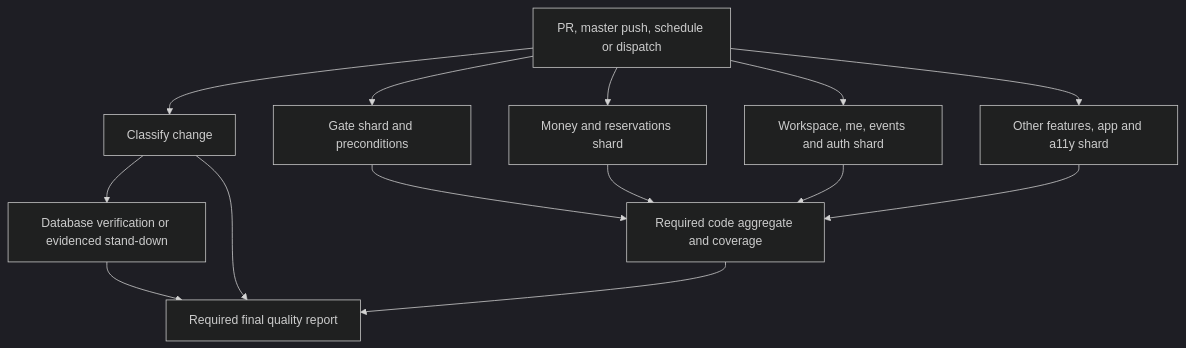
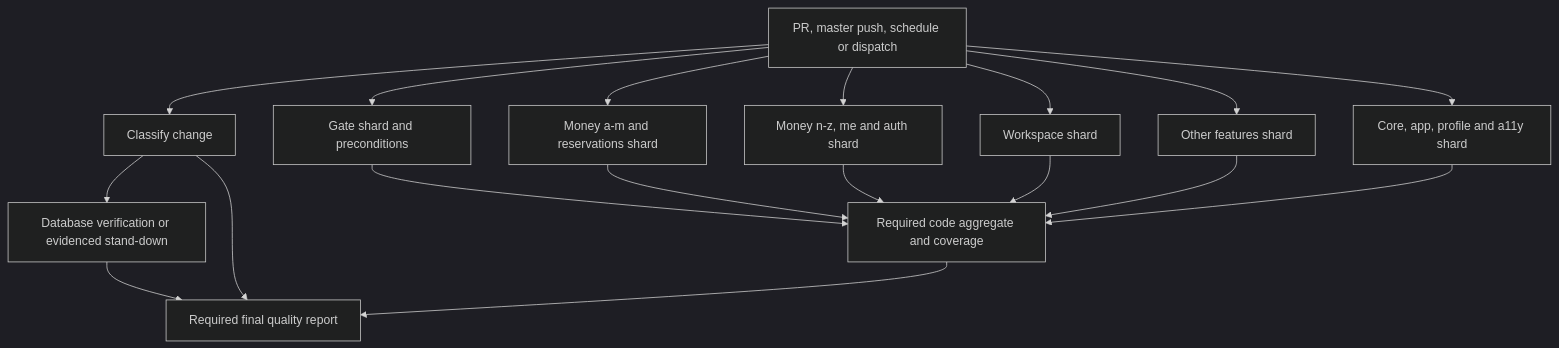
The diagram in docs/wiki/CI-and-Automation.md (fdittgen-png/deskilo), drawn with Mermaid (dark theme) before and after one commit. The commit also changed other lines of this file and 6 other files, not shown here.

````diff
--- a/docs/wiki/CI-and-Automation.md
+++ b/docs/wiki/CI-and-Automation.md
@@ -50,16 +50,20 @@
 ```mermaid
 flowchart TD
     E[PR, master push, schedule or dispatch] --> C[Classify change]
     E --> G[Gate shard and preconditions]
-    E --> M[Money and reservations shard]
-    E --> W[Workspace, me, events and auth shard]
-    E --> R[Other features, app and a11y shard]
+    E --> M[Money a-m and reservations shard]
+    E --> M2[Money n-z, me and auth shard]
+    E --> W[Workspace shard]
+    E --> R[Other features shard]
+    E --> K[Core, app, profile and a11y shard]
     C --> D[Database verification or evidenced stand-down]
     G --> A[Required code aggregate and coverage]
     M --> A
+    M2 --> A
     W --> A
     R --> A
+    K --> A
     C --> Q[Required final quality report]
     A --> Q
     D --> Q
 ```
````
